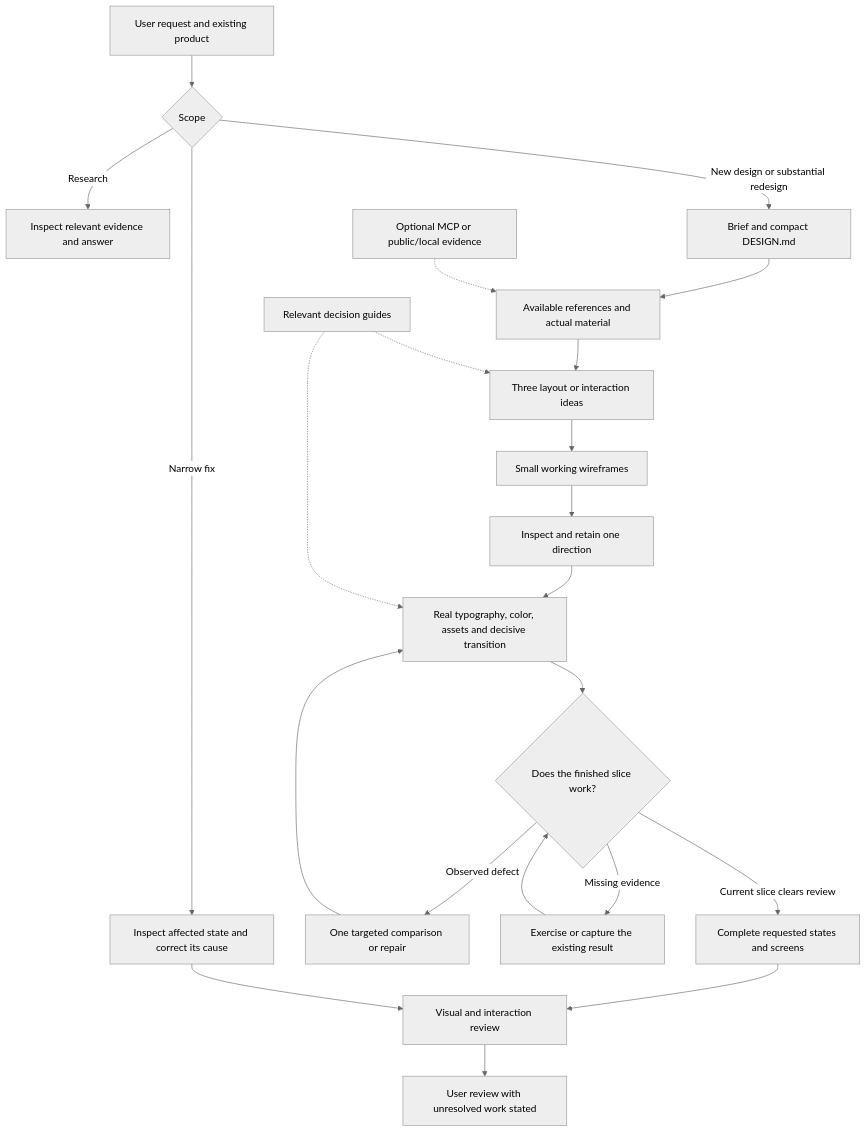
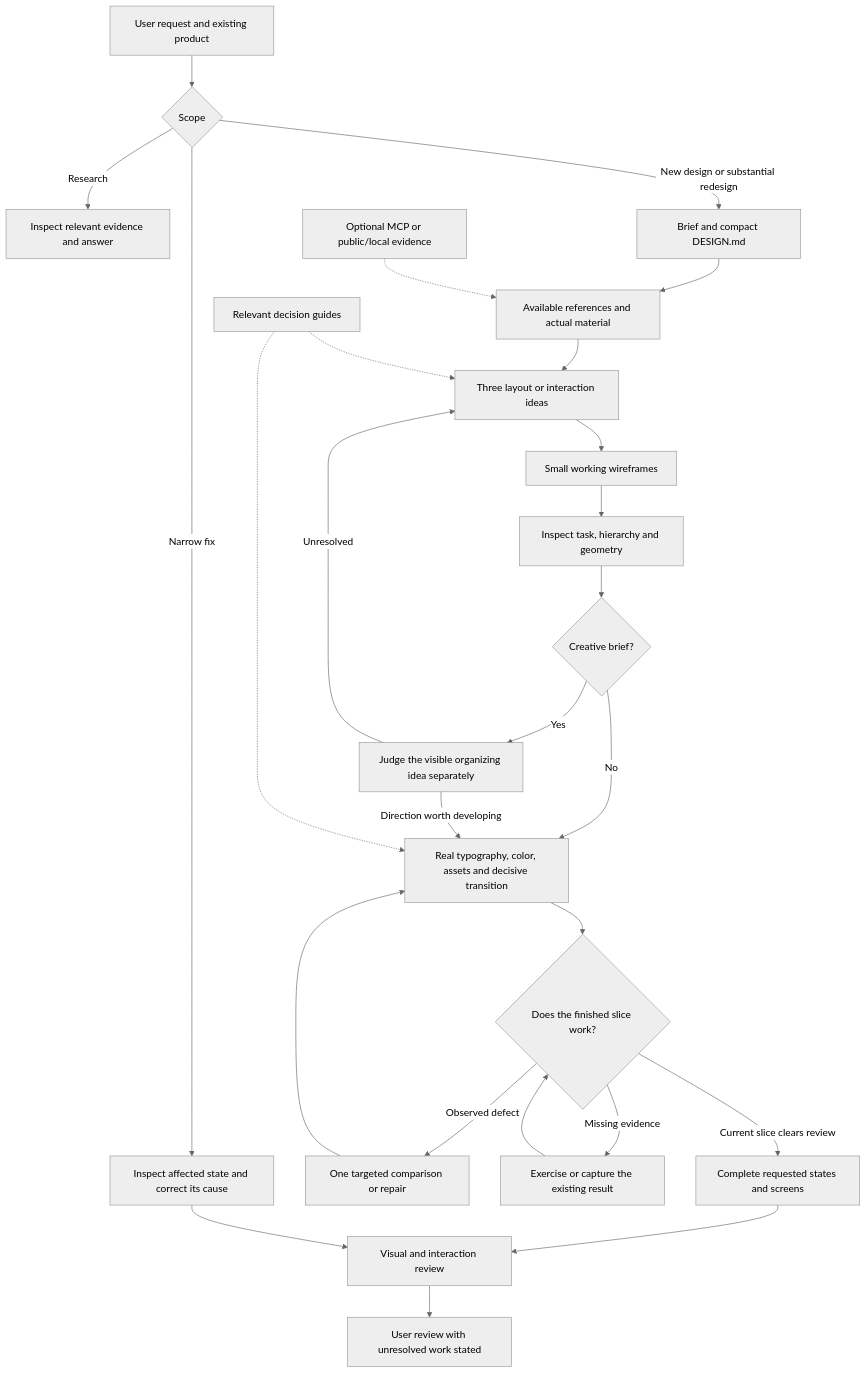
The diagram in ARCHITECTURE.md (ayangabryl/seenry-skills), drawn with Mermaid (neutral theme) before and after one commit. The commit also changed other lines of this file and 17 other files, not shown here.

````diff
--- a/ARCHITECTURE.md
+++ b/ARCHITECTURE.md
@@ -7,24 +7,28 @@
 ```mermaid
 flowchart TD
   U[User request and existing product] --> S{Scope}
   S -->|Research| R[Inspect relevant evidence and answer]
   S -->|Narrow fix| F[Inspect affected state and correct its cause]
   S -->|New design or substantial redesign| B[Brief and compact DESIGN.md]
   B --> E[Available references and actual material]
   E --> P[Three layout or interaction ideas]
   P --> W[Small working wireframes]
-  W --> C[Inspect and retain one direction]
-  C --> T[Real typography, color, assets and decisive transition]
+  W --> C[Inspect task, hierarchy and geometry]
+  C --> K{Creative brief?}
+  K -->|Yes| J[Judge the visible organizing idea separately]
+  K -->|No| T[Real typography, color, assets and decisive transition]
+  J -->|Direction worth developing| T
+  J -->|Unresolved| P
   T --> Q{Does the finished slice work?}
   Q -->|Observed defect| D[One targeted comparison or repair]
   D --> T
   Q -->|Missing evidence| O[Exercise or capture the existing result]
   O --> Q
   Q -->|Current slice clears review| I[Complete requested states and screens]
   I --> V[Visual and interaction review]
   F --> V
   V --> H[User review with unresolved work stated]
   G[Relevant decision guides] -.-> P
   G -.-> T
   M[Optional MCP or public/local evidence] -.-> E
 ```
````
